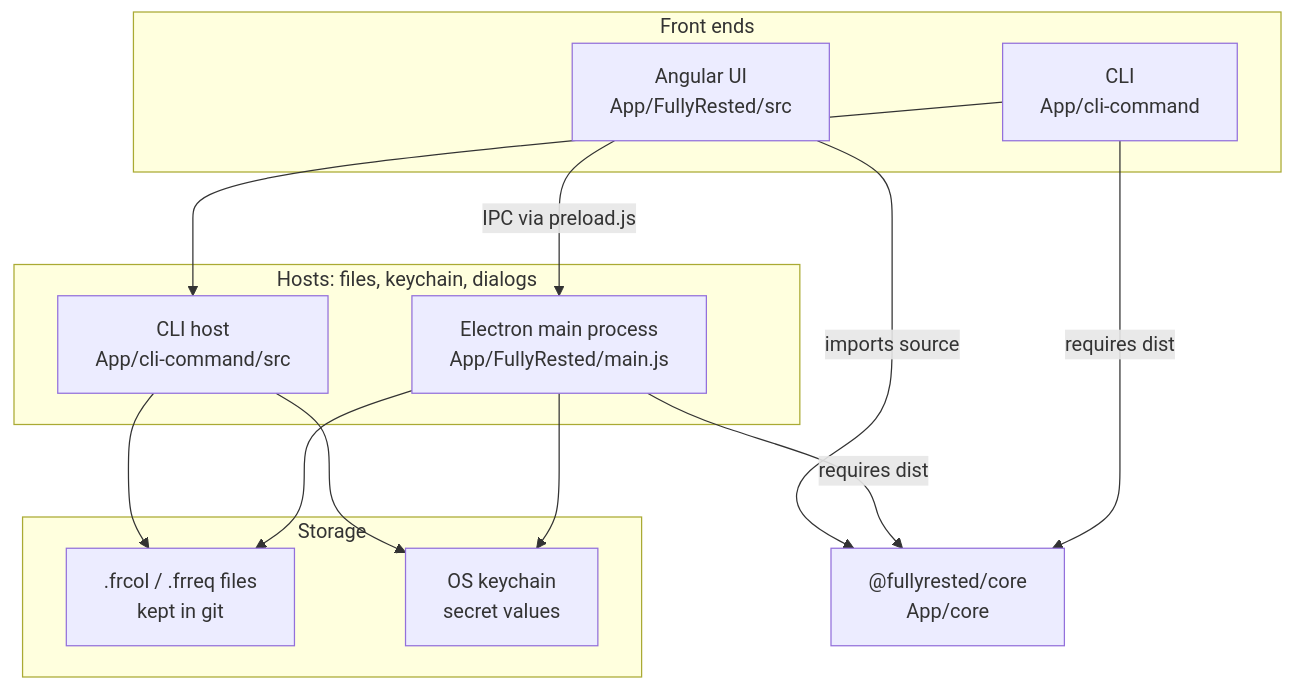
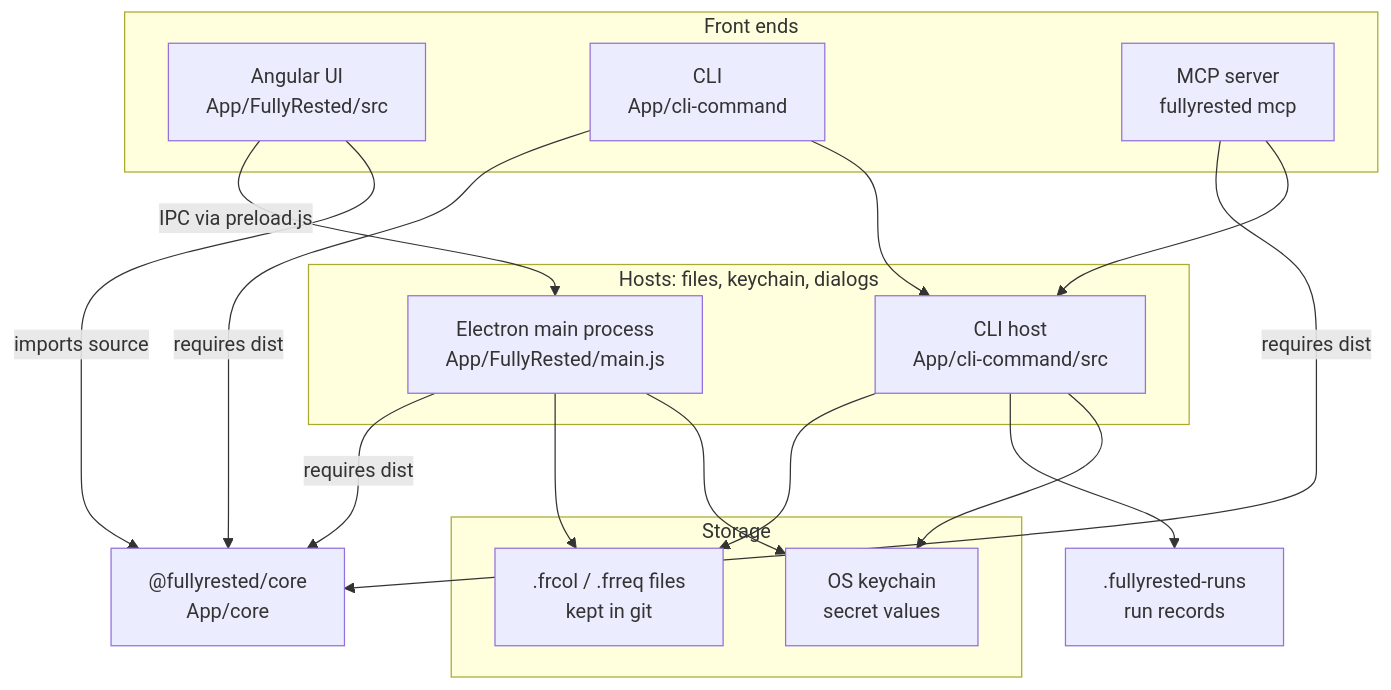
One commit to BlueFin605/FullyRested changed the diagram in SYSDOC.md. Above: the diagram before and after it, drawn with Mermaid. The commit also changed other lines of this file and 1 other file, not shown here.

````diff
--- a/SYSDOC.md
+++ b/SYSDOC.md
@@ -16,25 +16,29 @@
 ```mermaid
 flowchart TB
     subgraph FrontEnds["Front ends"]
         UI["Angular UI<br/>App/FullyRested/src"]
         CLI["CLI<br/>App/cli-command"]
+        MCP["MCP server<br/>fullyrested mcp"]
     end
     subgraph Hosts["Hosts: files, keychain, dialogs"]
         Main["Electron main process<br/>App/FullyRested/main.js"]
         CliHost["CLI host<br/>App/cli-command/src"]
     end
     Core["@fullyrested/core<br/>App/core"]
     subgraph Storage["Storage"]
         Files[".frcol / .frreq files<br/>kept in git"]
         Keychain["OS keychain<br/>secret values"]
     end
     UI -->|"IPC via preload.js"| Main
     UI -->|"imports source"| Core
     Main -->|"requires dist"| Core
     CLI -->|"requires dist"| Core
+    MCP -->|"requires dist"| Core
     CLI --> CliHost
+    MCP --> CliHost
     CliHost --> Files
+    CliHost --> Runs[".fullyrested-runs<br/>run records"]
     CliHost --> Keychain
     Main --> Files
     Main --> Keychain
 ```
````
